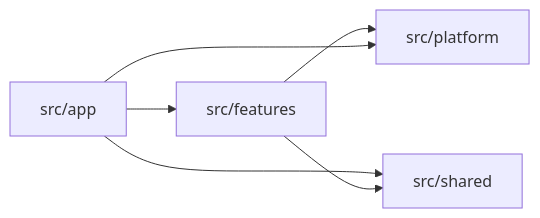
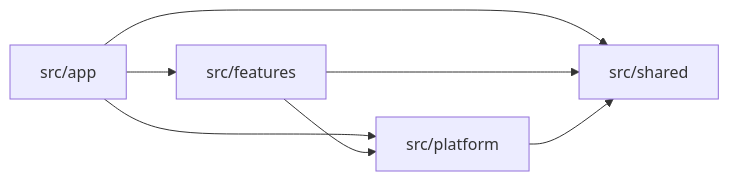
One commit to ishk-sftckz/RFAStack changed the diagram in docs/folder-structure.md. Above: the diagram before and after it, drawn with Mermaid. The commit also changed other lines of this file and 1 other file, not shown here.

Commit message:
feat(contents): improve copy concepts and folder architecture

````diff
--- a/docs/folder-structure.md
+++ b/docs/folder-structure.md
@@ -159,8 +166,9 @@
 ```mermaid
 flowchart LR
   App[src/app] --> Features[src/features]
+  App --> Platform[src/platform]
   App --> Shared[src/shared]
-  Features --> Platform[src/platform]
+  Features --> Platform
   Features --> Shared
-  App --> Platform
+  Platform --> Shared
 ```
````
